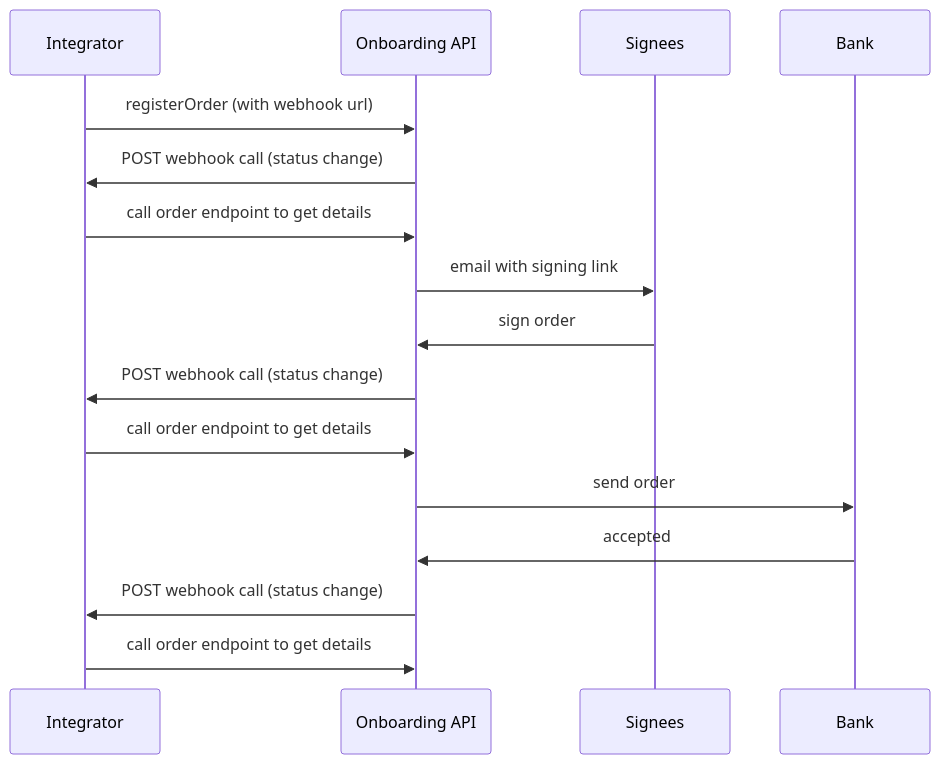
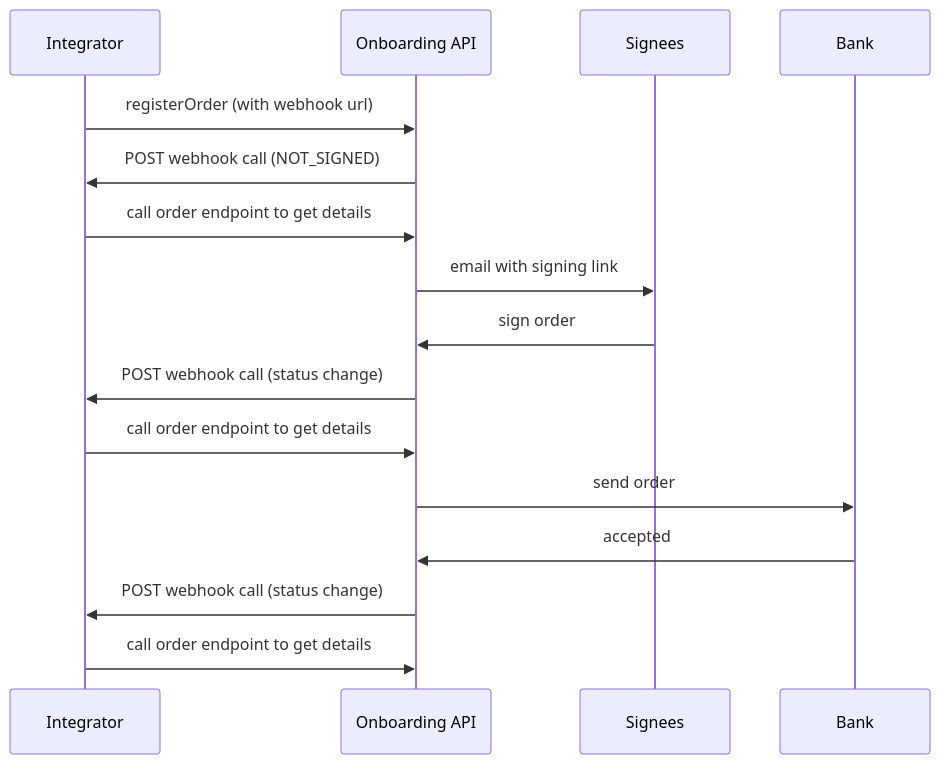
The diagram in docs/webhooks.md (BankAxept/bankaxept-onboarding-external-documentation), drawn with Mermaid before and after one commit. The commit also changed other lines of this file and 6 other files, not shown here.

First line of the commit message:
Link from the introduction flowchart to the prod/test flows (#48)

````diff
--- a/docs/webhooks.md
+++ b/docs/webhooks.md
@@ -27,18 +39,18 @@
 ```mermaid
 sequenceDiagram
     participant Integrator
     participant Onboarding API
     participant Signees
     participant Bank
     Integrator->>Onboarding API: registerOrder (with webhook url)
-    Onboarding API->>Integrator: POST webhook call (status change)
+    Onboarding API->>Integrator: POST webhook call (NOT_SIGNED)
     Integrator->>Onboarding API: call order endpoint to get details
     Onboarding API->>Signees: email with signing link
     Signees->>Onboarding API: sign order
     Onboarding API->>Integrator: POST webhook call (status change)
     Integrator->>Onboarding API: call order endpoint to get details
     Onboarding API->>Bank: send order
     Bank->>Onboarding API: accepted
     Onboarding API->>Integrator: POST webhook call (status change)
     Integrator->>Onboarding API: call order endpoint to get details
 ```
````
